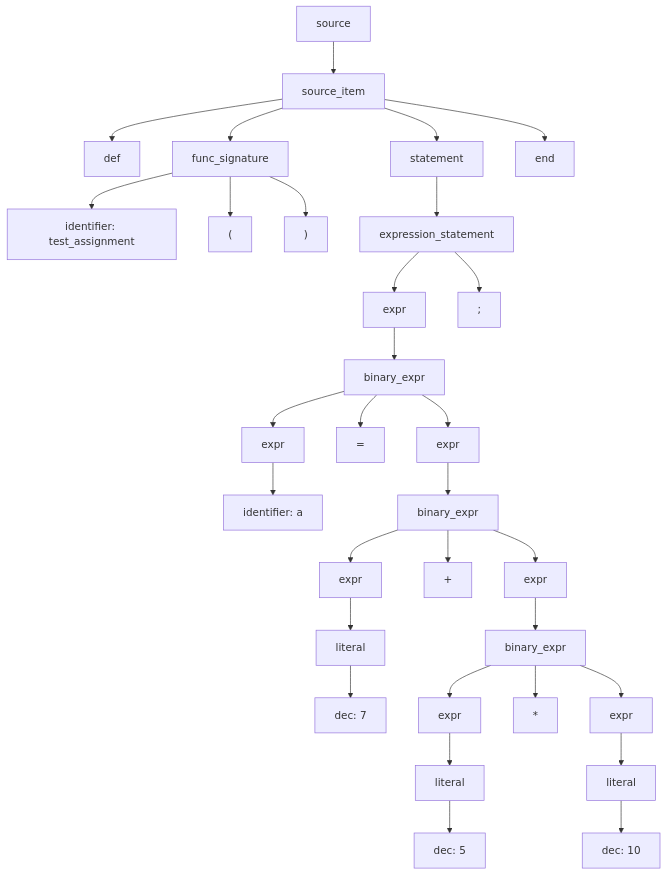
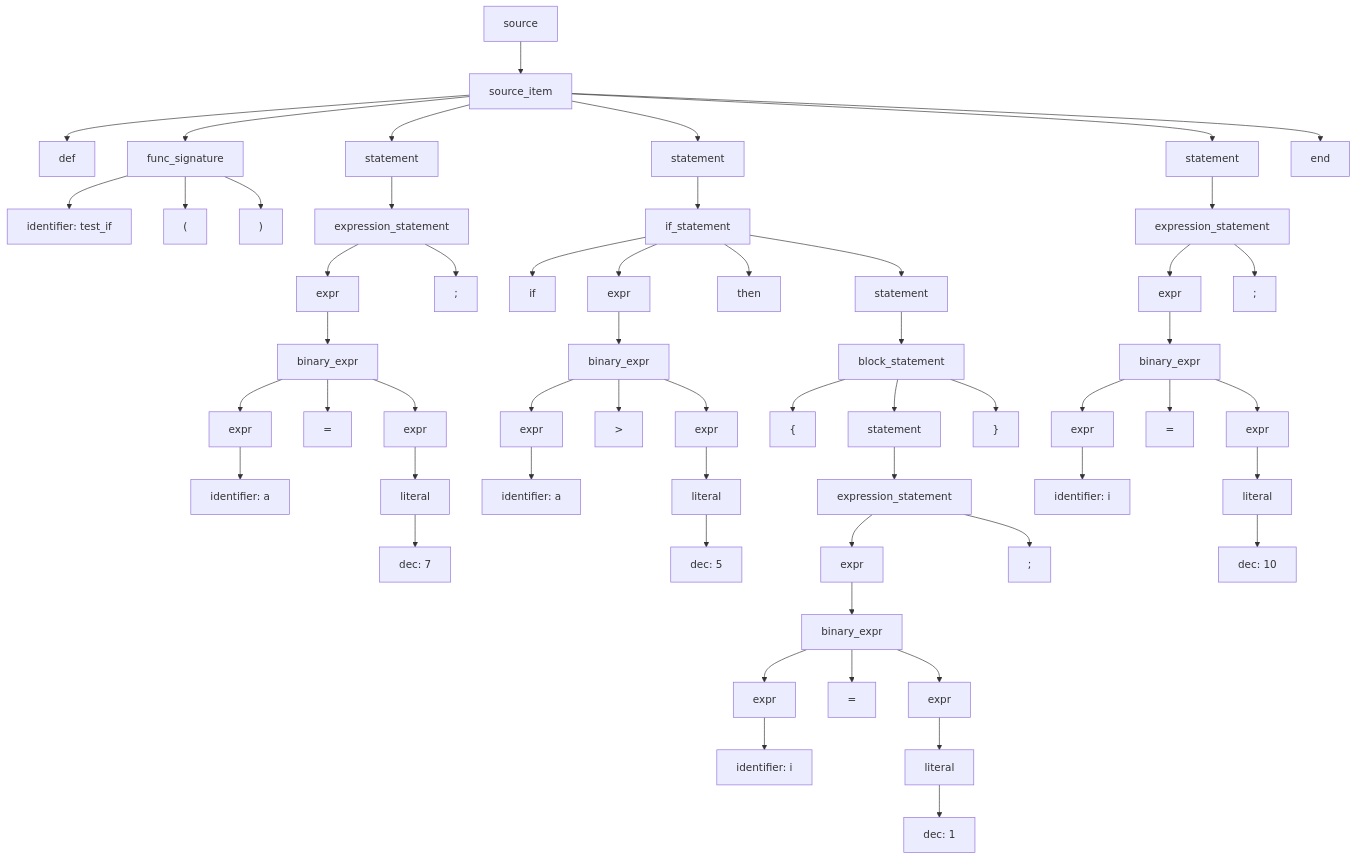
Before and after one commit to ErnandesDaniel/system-software-lab-2: the diagram in ast.mmd, drawn with Mermaid. The commit also changed 2 other files, not shown here.

```diff
--- a/ast.mmd
+++ b/ast.mmd
@@ -1,62 +1,114 @@
 graph TD;
 N0["source"]
 N1["source_item"]
 N0 --> N1
 N2["def"]
 N1 --> N2
 N3["func_signature"]
 N1 --> N3
-N4["identifier: test_assignment"]
+N4["identifier: test_if"]
 N3 --> N4
 N5["("]
 N3 --> N5
 N6[")"]
 N3 --> N6
 N7["statement"]
 N1 --> N7
 N8["expression_statement"]
 N7 --> N8
 N9["expr"]
 N8 --> N9
 N10["binary_expr"]
 N9 --> N10
 N11["expr"]
 N10 --> N11
 N12["identifier: a"]
 N11 --> N12
 N13["="]
 N10 --> N13
 N14["expr"]
 N10 --> N14
-N15["binary_expr"]
+N15["literal"]
 N14 --> N15
-N16["expr"]
+N16["dec: 7"]
 N15 --> N16
-N17["literal"]
-N16 --> N17
-N18["dec: 7"]
-N17 --> N18
-N19["+"]
-N15 --> N19
-N20["expr"]
-N15 --> N20
-N21["binary_expr"]
-N20 --> N21
-N22["expr"]
+N17[";"]
+N8 --> N17
+N18["statement"]
+N1 --> N18
+N19["if_statement"]
+N18 --> N19
+N20["if"]
+N19 --> N20
+N21["expr"]
+N19 --> N21
+N22["binary_expr"]
 N21 --> N22
-N23["literal"]
+N23["expr"]
 N22 --> N23
-N24["dec: 5"]
+N24["identifier: a"]
 N23 --> N24
-N25["*"]
-N21 --> N25
+N25[">"]
+N22 --> N25
 N26["expr"]
-N21 --> N26
+N22 --> N26
 N27["literal"]
 N26 --> N27
-N28["dec: 10"]
+N28["dec: 5"]
 N27 --> N28
-N29[";"]
-N8 --> N29
-N30["end"]
-N1 --> N30
+N29["then"]
+N19 --> N29
+N30["statement"]
+N19 --> N30
+N31["block_statement"]
+N30 --> N31
+N32["{"]
+N31 --> N32
+N33["statement"]
+N31 --> N33
+N34["expression_statement"]
+N33 --> N34
+N35["expr"]
+N34 --> N35
+N36["binary_expr"]
+N35 --> N36
+N37["expr"]
+N36 --> N37
+N38["identifier: i"]
+N37 --> N38
+N39["="]
+N36 --> N39
+N40["expr"]
+N36 --> N40
+N41["literal"]
+N40 --> N41
+N42["dec: 1"]
+N41 --> N42
+N43[";"]
+N34 --> N43
+N44["}"]
+N31 --> N44
+N45["statement"]
+N1 --> N45
+N46["expression_statement"]
+N45 --> N46
+N47["expr"]
+N46 --> N47
+N48["binary_expr"]
+N47 --> N48
+N49["expr"]
+N48 --> N49
+N50["identifier: i"]
+N49 --> N50
+N51["="]
+N48 --> N51
+N52["expr"]
+N48 --> N52
+N53["literal"]
+N52 --> N53
+N54["dec: 10"]
+N53 --> N54
+N55[";"]
+N46 --> N55
+N56["end"]
+N1 --> N56
```
